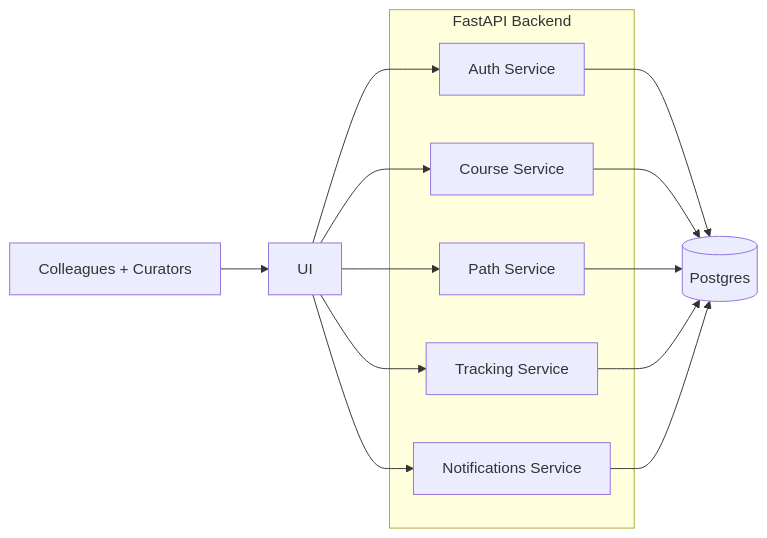
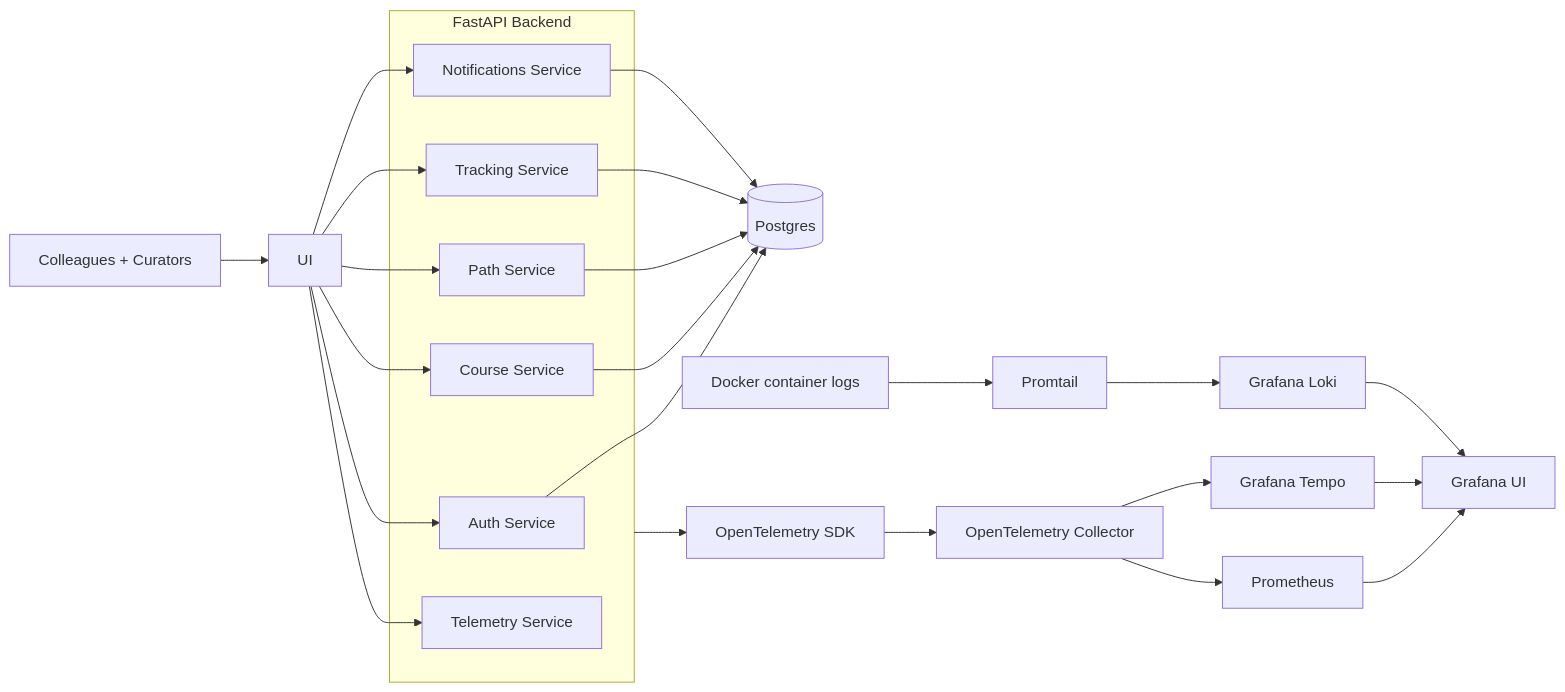
Before and after one commit to JustinMelger/Upstream: the first of 15 diagrams in docs/architecture_backend.md, drawn with Mermaid. The commit also changed other lines of this file and 66 other files, not shown here.

````diff
--- a/docs/architecture_backend.md
+++ b/docs/architecture_backend.md
@@ -14,25 +20,45 @@
 ```mermaid
 flowchart LR
   Users[Colleagues + Curators] --> UI[UI]
 
   subgraph API[FastAPI Backend]
     Auth[Auth Service]
     Courses[Course Service]
     Paths[Path Service]
     Tracking[Tracking Service]
     Notifications[Notifications Service]
+    Telemetry[Telemetry Service]
   end
 
   UI --> Auth
   UI --> Courses
   UI --> Paths
   UI --> Tracking
   UI --> Notifications
+  UI --> Telemetry
 
   DB[(Postgres)]
   Auth --> DB
   Courses --> DB
   Paths --> DB
   Tracking --> DB
   Notifications --> DB
+
+  OTel[OpenTelemetry SDK]
+  Collector[OpenTelemetry Collector]
+  Prom[Prometheus]
+  Tempo[Grafana Tempo]
+  Loki[Grafana Loki]
+  Promtail[Promtail]
+  DockerLogs[Docker container logs]
+  Grafana[Grafana UI]
+  API --> OTel
+  OTel --> Collector
+  Collector --> Prom
+  Collector --> Tempo
+  DockerLogs --> Promtail
+  Promtail --> Loki
+  Prom --> Grafana
+  Tempo --> Grafana
+  Loki --> Grafana
 ```
````
